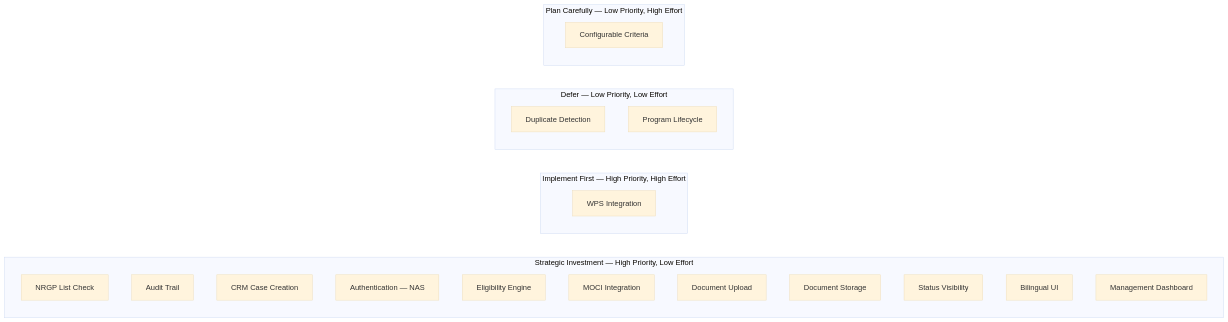
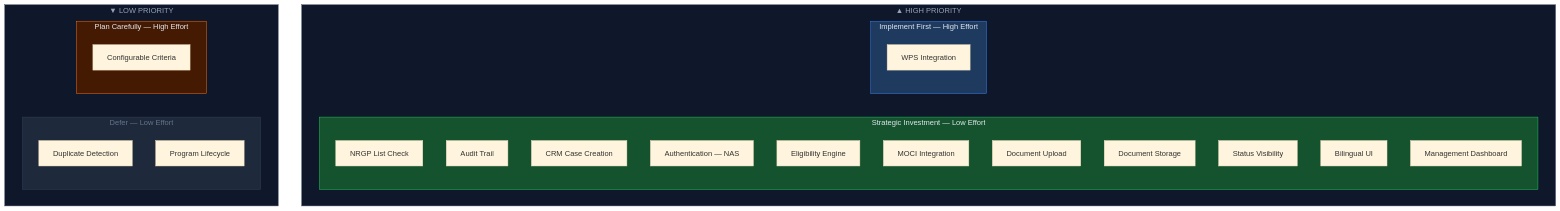
One commit to Tamoura/Claude-Code-creates-the-SW-company changed the seventh of 9 diagrams in products/qdb-sme-relief/docs/business-analysis.md. Above: the diagram before and after it, drawn with Mermaid (base theme). The commit also changed other lines of this file, not shown here.

Commit message:
fix(qdb-sme-relief): replace flat grid diagrams with nested 2x2 subgraph layout
Previous LR flowcharts rendered as a vertical stack — no grid structure.
Use graph TB with nested subgraphs using direction LR to force true 2x2:
- Outer TB subgraph = row (HIGH POWER / LOW POWER)
- Inner direction LR = columns within each row

Stakeholder Grid:
- Row 1 HIGH: Keep Satisfied (blue) | Manage Closely (green)
- Row 2 LOW:  Monitor (muted)       | Keep Informed (rose)

Capability Gap:
- Row 1 HIGH: Strategic Investment (green) | Implement First (blue)
- Row 2 LOW:  Defer (muted)                | Plan Carefully (orange)

Each quadrant styled with distinct background color for instant readability.

````diff
--- a/products/qdb-sme-relief/docs/business-analysis.md
+++ b/products/qdb-sme-relief/docs/business-analysis.md
@@ -574,26 +586,38 @@
 ```mermaid
-flowchart LR
-    subgraph SI["Strategic Investment — High Priority, Low Effort"]
-        si1["NRGP List Check"]
-        si2["Audit Trail"]
-        si3["CRM Case Creation"]
-        si4["Authentication — NAS"]
-        si5["Eligibility Engine"]
-        si6["MOCI Integration"]
-        si7["Document Upload"]
-        si8["Document Storage"]
-        si9["Status Visibility"]
-        si10["Bilingual UI"]
-        si11["Management Dashboard"]
+graph TB
+    subgraph HIGH["▲  HIGH PRIORITY"]
+        direction LR
+        subgraph SI["Strategic Investment — Low Effort"]
+            si1["NRGP List Check"]
+            si2["Audit Trail"]
+            si3["CRM Case Creation"]
+            si4["Authentication — NAS"]
+            si5["Eligibility Engine"]
+            si6["MOCI Integration"]
+            si7["Document Upload"]
+            si8["Document Storage"]
+            si9["Status Visibility"]
+            si10["Bilingual UI"]
+            si11["Management Dashboard"]
+        end
+        subgraph QW["Implement First — High Effort"]
+            qw1["WPS Integration"]
+        end
     end
-    subgraph QW["Implement First — High Priority, High Effort"]
-        qw1["WPS Integration"]
+    subgraph LOW["▼  LOW PRIORITY"]
+        direction LR
+        subgraph DE["Defer — Low Effort"]
+            de1["Duplicate Detection"]
+            de2["Program Lifecycle"]
+        end
+        subgraph PC["Plan Carefully — High Effort"]
+            pc1["Configurable Criteria"]
+        end
     end
-    subgraph DE["Defer — Low Priority, Low Effort"]
-        de1["Duplicate Detection"]
-        de2["Program Lifecycle"]
-    end
-    subgraph PC["Plan Carefully — Low Priority, High Effort"]
-        pc1["Configurable Criteria"]
-    end
+    style HIGH fill:#0f172a,stroke:#475569,color:#94a3b8
+    style LOW fill:#0f172a,stroke:#475569,color:#94a3b8
+    style SI fill:#14532d,stroke:#22c55e,color:#e2e8f0
+    style QW fill:#1e3a5f,stroke:#3b82f6,color:#e2e8f0
+    style DE fill:#1e293b,stroke:#334155,color:#64748b
+    style PC fill:#451a03,stroke:#f97316,color:#e2e8f0
 ```
````
